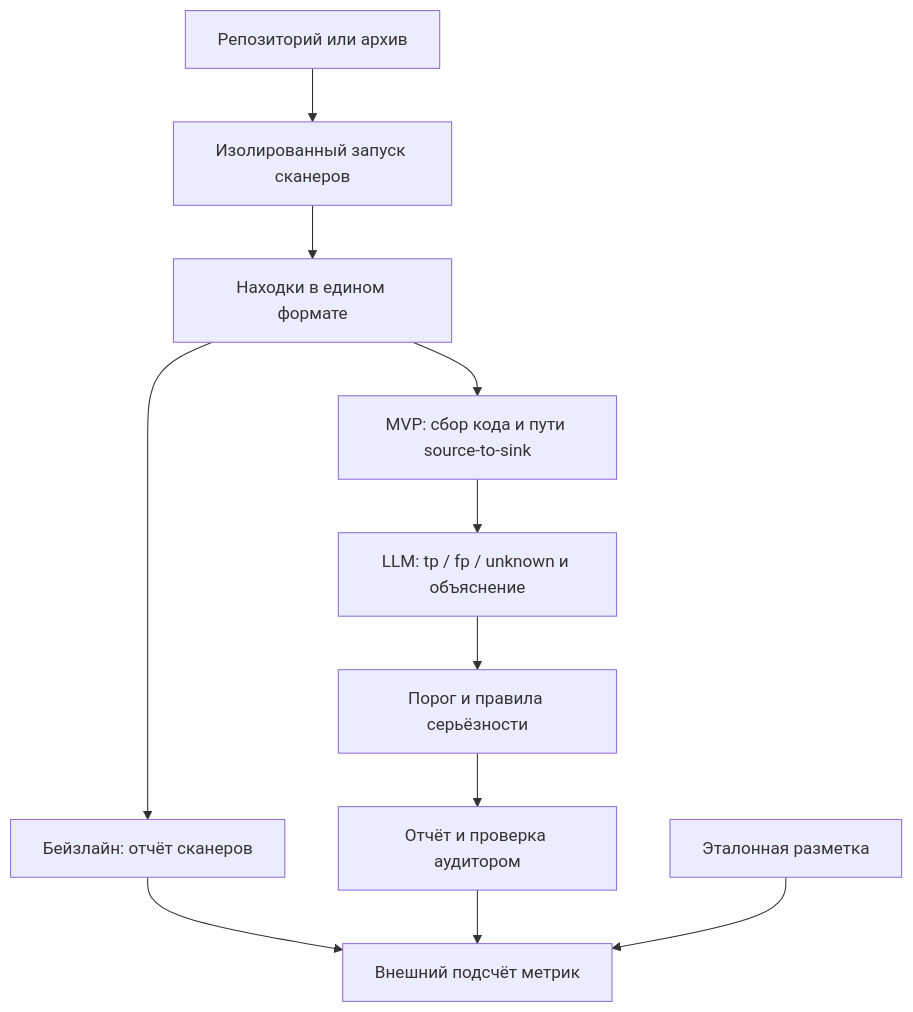
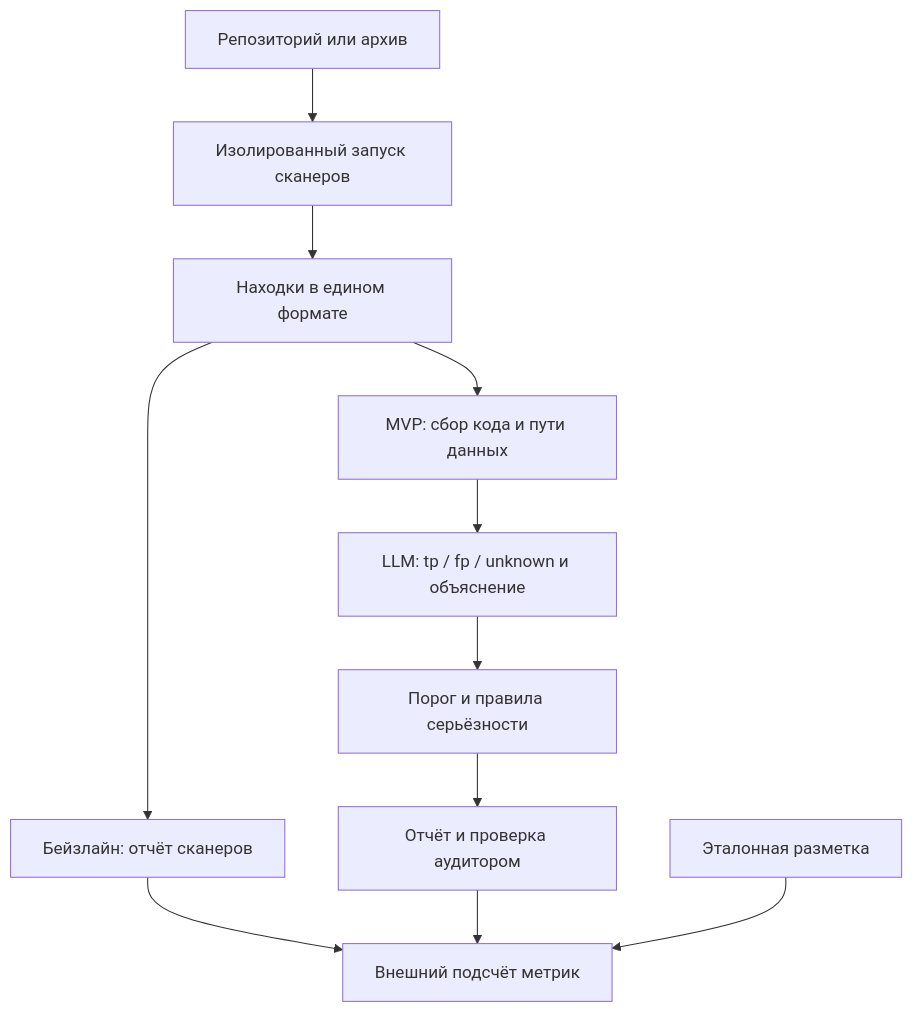
One commit to Artur210902/ML_Design changed the diagram in docs/ml_system_design_doc.md. Above: the diagram before and after it, drawn with Mermaid. The commit also changed other lines of this file, not shown here.

````diff
--- a/docs/ml_system_design_doc.md
+++ b/docs/ml_system_design_doc.md
@@ -88,13 +88,13 @@
 ```mermaid
 flowchart TD
     A[Репозиторий или архив] --> B[Изолированный запуск сканеров]
     B --> C[Находки в едином формате]
     C --> D[Бейзлайн: отчёт сканеров]
-    C --> E[MVP: сбор кода и пути source-to-sink]
+    C --> E[MVP: сбор кода и пути данных]
     E --> F[LLM: tp / fp / unknown и объяснение]
     F --> G[Порог и правила серьёзности]
     G --> H[Отчёт и проверка аудитором]
     D --> I[Внешний подсчёт метрик]
     H --> I
     J[Эталонная разметка] --> I
 ```
````
